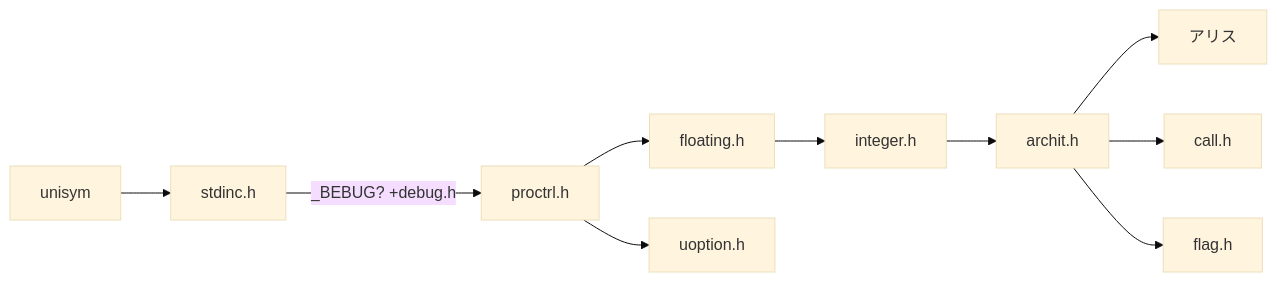
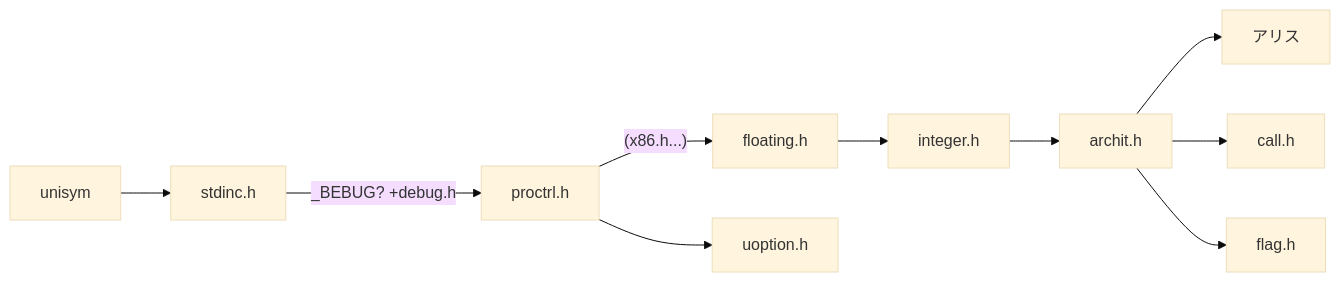
Before and after one commit to ArinaMgk/unisym: the first of 2 diagrams in doc/www.unisym.org/en/6-Depend.md, drawn with Mermaid (base theme). The commit also changed 23 other files, not shown here.

````diff
--- a/doc/www.unisym.org/en/6-Depend.md
+++ b/doc/www.unisym.org/en/6-Depend.md
@@ -45,14 +45,14 @@
 ```mermaid
 graph LR
 	alice[アリス]
 	arch[archit.h]
 	arch-->alice
 	arch-->calling[call.h]
 	arch-->flag.h
 	proctrl[proctrl.h]
-	proctrl-->floating.h-->integer.h-->arch
+	proctrl--(x86.h...)-->floating.h-->integer.h-->arch
 	proctrl-->uoption.h
 	stdinc[stdinc.h]
 	stdinc--"_BEBUG? +debug.h"-->proctrl
 	unisym-->stdinc
 ```
````
